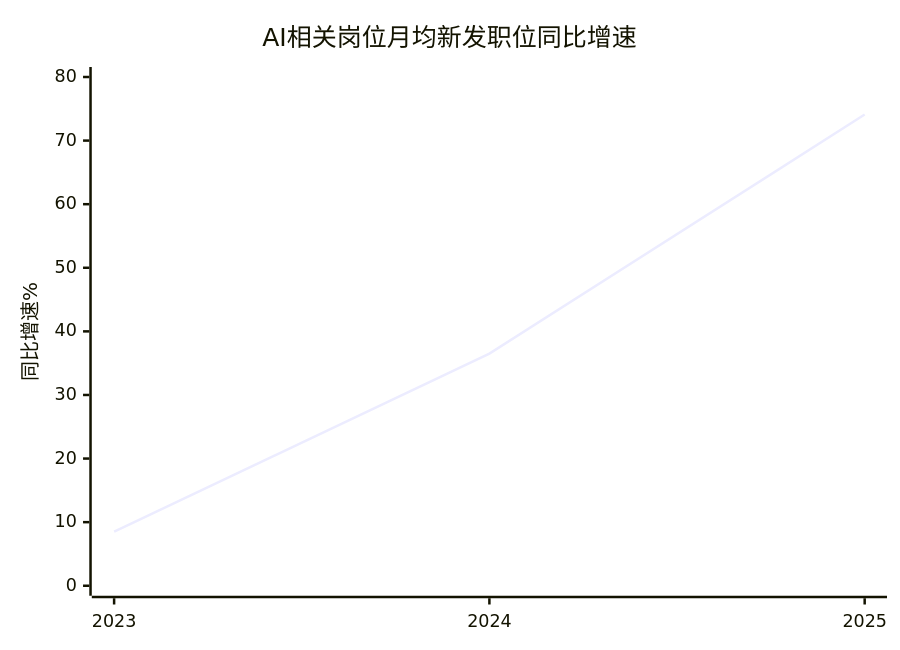
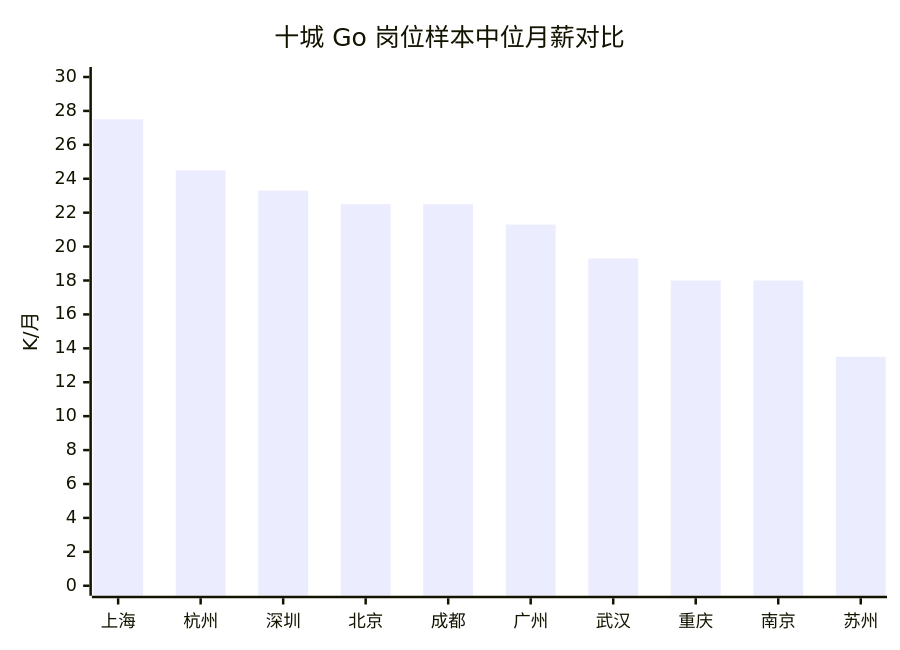
The diagram in src/docs/personal/career/01-go-career-prospects-ai-impact.md (MorseWayne/programming_journey), drawn with Mermaid before and after one commit. The commit also changed other lines of this file, not shown here.

````diff
--- a/src/docs/personal/career/01-go-career-prospects-ai-impact.md
+++ b/src/docs/personal/career/01-go-career-prospects-ai-impact.md
@@ -41,7 +99,7 @@
 ```mermaid
 xychart-beta
-    title "AI相关岗位月均新发职位同比增速"
-    x-axis ["2023","2024","2025"]
-    y-axis "同比增速%" 0 --> 80
-    line [8.5, 36.5, 74.1]
+    title "十城 Go 岗位样本中位月薪对比"
+    x-axis ["上海","杭州","深圳","北京","成都","广州","武汉","重庆","南京","苏州"]
+    y-axis "K/月" 0 --> 30
+    bar [27.5,24.5,23.3,22.5,22.5,21.3,19.3,18,18,13.5]
 ```
````
